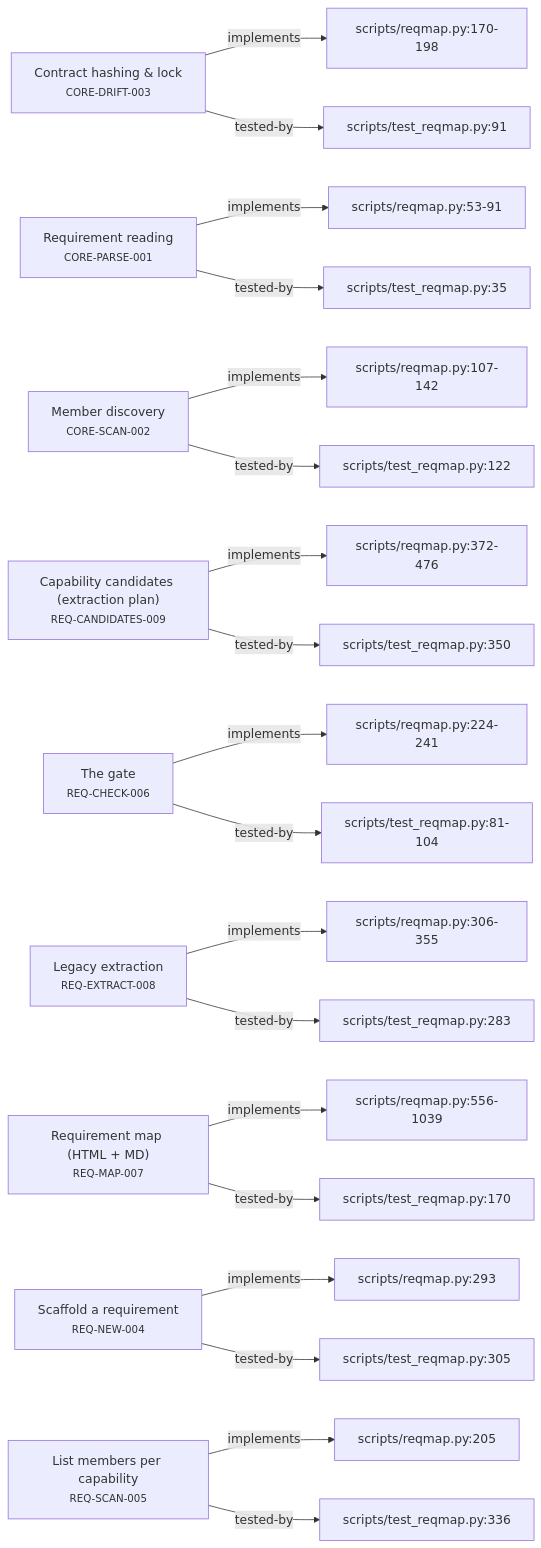
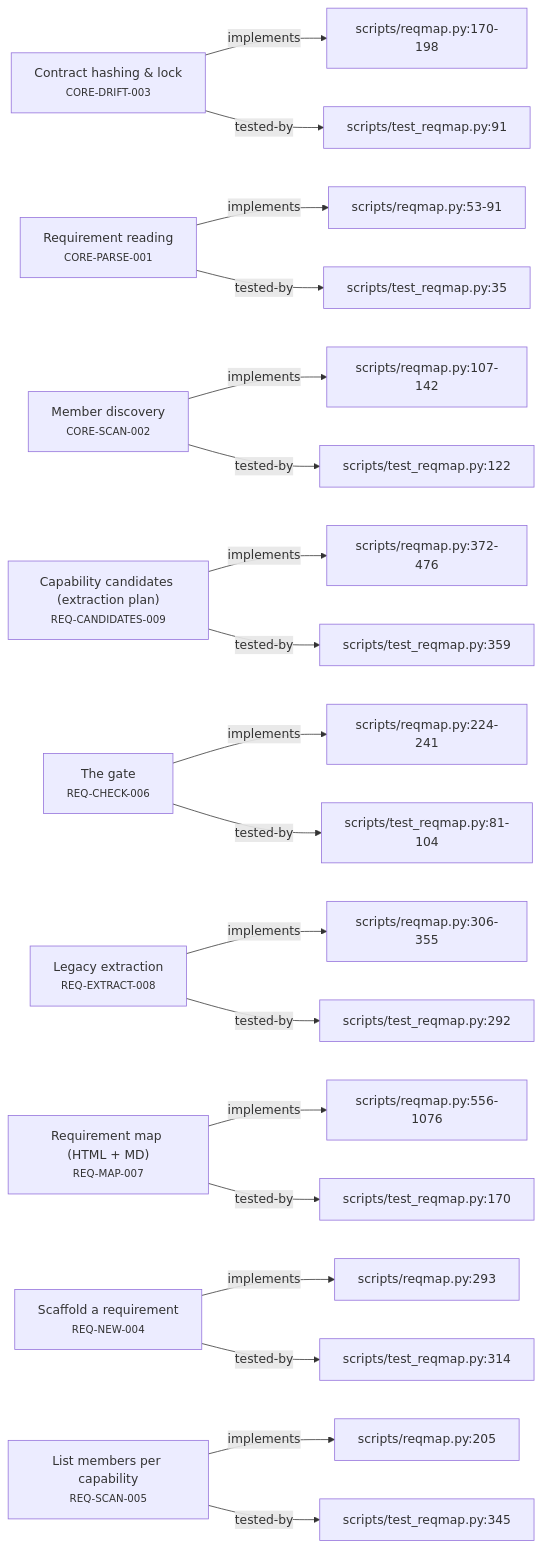
The second of 5 diagrams in plugin/requirements/_map.md (alxmax/Requirement-manager), drawn with Mermaid before and after one commit. The commit also changed other lines of this file and 5 other files, not shown here.

````diff
--- a/plugin/requirements/_map.md
+++ b/plugin/requirements/_map.md
@@ -37,48 +37,48 @@
 ```mermaid
 graph LR
   CORE_DRIFT_003["Contract hashing & lock<br><small>CORE-DRIFT-003</small>"]
   f_scripts_reqmap_py_170_198["scripts/reqmap.py:170-198"]
   CORE_DRIFT_003 -->|implements| f_scripts_reqmap_py_170_198
   f_scripts_test_reqmap_py_91["scripts/test_reqmap.py:91"]
   CORE_DRIFT_003 -->|tested-by| f_scripts_test_reqmap_py_91
   CORE_PARSE_001["Requirement reading<br><small>CORE-PARSE-001</small>"]
   f_scripts_reqmap_py_53_91["scripts/reqmap.py:53-91"]
   CORE_PARSE_001 -->|implements| f_scripts_reqmap_py_53_91
   f_scripts_test_reqmap_py_35["scripts/test_reqmap.py:35"]
   CORE_PARSE_001 -->|tested-by| f_scripts_test_reqmap_py_35
   CORE_SCAN_002["Member discovery<br><small>CORE-SCAN-002</small>"]
   f_scripts_reqmap_py_107_142["scripts/reqmap.py:107-142"]
   CORE_SCAN_002 -->|implements| f_scripts_reqmap_py_107_142
   f_scripts_test_reqmap_py_122["scripts/test_reqmap.py:122"]
   CORE_SCAN_002 -->|tested-by| f_scripts_test_reqmap_py_122
   REQ_CANDIDATES_009["Capability candidates (extraction plan)<br><small>REQ-CANDIDATES-009</small>"]
   f_scripts_reqmap_py_372_476["scripts/reqmap.py:372-476"]
   REQ_CANDIDATES_009 -->|implements| f_scripts_reqmap_py_372_476
-  f_scripts_test_reqmap_py_350["scripts/test_reqmap.py:350"]
-  REQ_CANDIDATES_009 -->|tested-by| f_scripts_test_reqmap_py_350
+  f_scripts_test_reqmap_py_359["scripts/test_reqmap.py:359"]
+  REQ_CANDIDATES_009 -->|tested-by| f_scripts_test_reqmap_py_359
   REQ_CHECK_006["The gate<br><small>REQ-CHECK-006</small>"]
   f_scripts_reqmap_py_224_241["scripts/reqmap.py:224-241"]
   REQ_CHECK_006 -->|implements| f_scripts_reqmap_py_224_241
   f_scripts_test_reqmap_py_81_104["scripts/test_reqmap.py:81-104"]
   REQ_CHECK_006 -->|tested-by| f_scripts_test_reqmap_py_81_104
   REQ_EXTRACT_008["Legacy extraction<br><small>REQ-EXTRACT-008</small>"]
   f_scripts_reqmap_py_306_355["scripts/reqmap.py:306-355"]
   REQ_EXTRACT_008 -->|implements| f_scripts_reqmap_py_306_355
-  f_scripts_test_reqmap_py_283["scripts/test_reqmap.py:283"]
-  REQ_EXTRACT_008 -->|tested-by| f_scripts_test_reqmap_py_283
+  f_scripts_test_reqmap_py_292["scripts/test_reqmap.py:292"]
+  REQ_EXTRACT_008 -->|tested-by| f_scripts_test_reqmap_py_292
   REQ_MAP_007["Requirement map (HTML + MD)<br><small>REQ-MAP-007</small>"]
-  f_scripts_reqmap_py_556_1039["scripts/reqmap.py:556-1039"]
-  REQ_MAP_007 -->|implements| f_scripts_reqmap_py_556_1039
+  f_scripts_reqmap_py_556_1076["scripts/reqmap.py:556-1076"]
+  REQ_MAP_007 -->|implements| f_scripts_reqmap_py_556_1076
   f_scripts_test_reqmap_py_170["scripts/test_reqmap.py:170"]
   REQ_MAP_007 -->|tested-by| f_scripts_test_reqmap_py_170
   REQ_NEW_004["Scaffold a requirement<br><small>REQ-NEW-004</small>"]
   f_scripts_reqmap_py_293["scripts/reqmap.py:293"]
   REQ_NEW_004 -->|implements| f_scripts_reqmap_py_293
-  f_scripts_test_reqmap_py_305["scripts/test_reqmap.py:305"]
-  REQ_NEW_004 -->|tested-by| f_scripts_test_reqmap_py_305
+  f_scripts_test_reqmap_py_314["scripts/test_reqmap.py:314"]
+  REQ_NEW_004 -->|tested-by| f_scripts_test_reqmap_py_314
   REQ_SCAN_005["List members per capability<br><small>REQ-SCAN-005</small>"]
   f_scripts_reqmap_py_205["scripts/reqmap.py:205"]
   REQ_SCAN_005 -->|implements| f_scripts_reqmap_py_205
-  f_scripts_test_reqmap_py_336["scripts/test_reqmap.py:336"]
-  REQ_SCAN_005 -->|tested-by| f_scripts_test_reqmap_py_336
+  f_scripts_test_reqmap_py_345["scripts/test_reqmap.py:345"]
+  REQ_SCAN_005 -->|tested-by| f_scripts_test_reqmap_py_345
 ```
````
